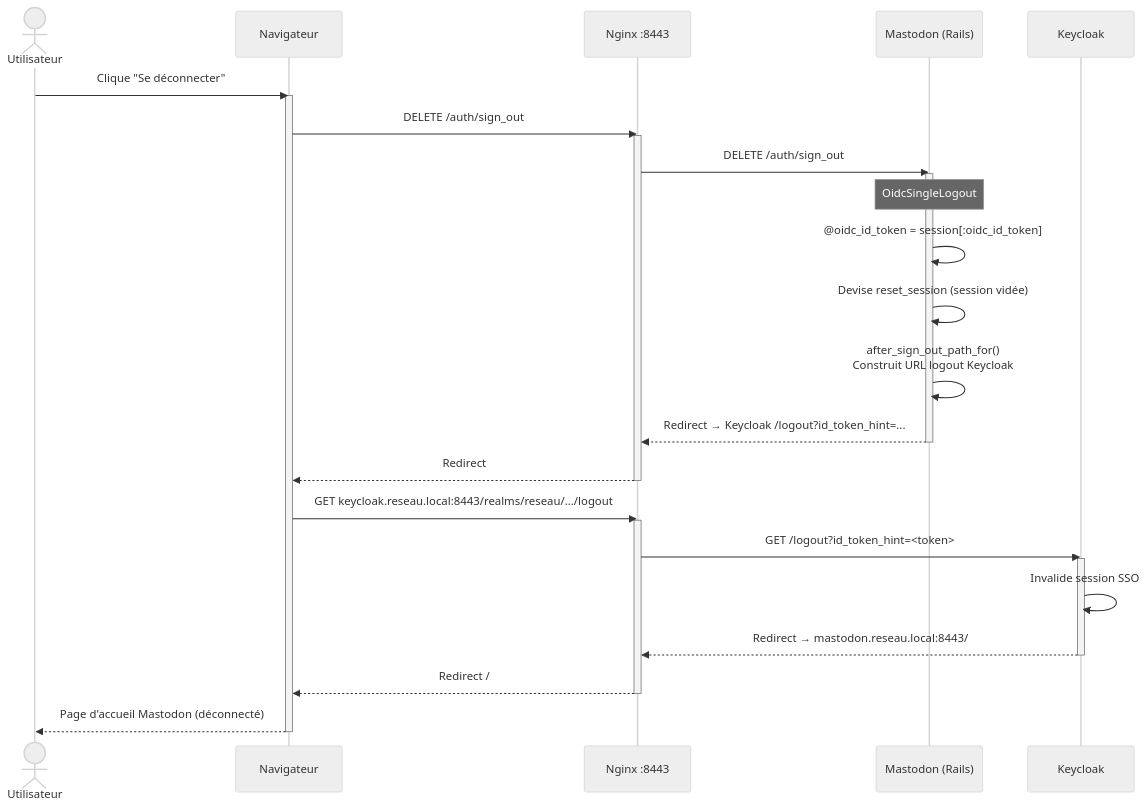
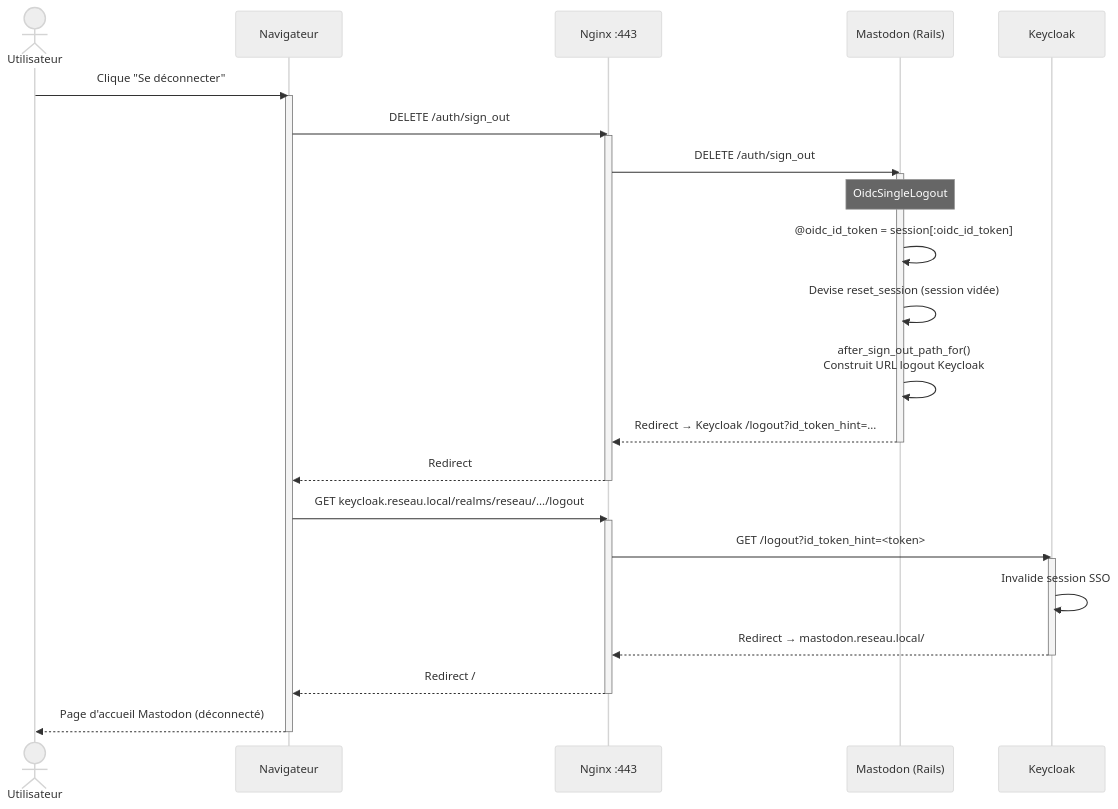
One commit to lucmon-masi/projet-reseau changed the diagram in diagrams/04-sequence-deconnexion.md. Above: the diagram before and after it, drawn with Mermaid (neutral theme). The commit also changed 21 other files, not shown here.

````diff
--- a/diagrams/04-sequence-deconnexion.md
+++ b/diagrams/04-sequence-deconnexion.md
@@ -1,37 +1,37 @@
 ```mermaid
 sequenceDiagram
     actor User as Utilisateur
     participant Browser as Navigateur
-    participant Nginx as Nginx :8443
+    participant Nginx as Nginx :443
     participant Mastodon as Mastodon (Rails)
     participant Keycloak as Keycloak
 
     User->>Browser: Clique "Se déconnecter"
     activate Browser
     Browser->>Nginx: DELETE /auth/sign_out
     activate Nginx
     Nginx->>Mastodon: DELETE /auth/sign_out
     activate Mastodon
 
     Note over Mastodon: OidcSingleLogout#destroy<br/>Récupère id_token depuis session<br/>AVANT reset_session
 
     Mastodon->>Mastodon: @oidc_id_token = session[:oidc_id_token]
     Mastodon->>Mastodon: Devise reset_session (session vidée)
     Mastodon->>Mastodon: after_sign_out_path_for()<br/>Construit URL logout Keycloak
     Mastodon-->>Nginx: Redirect → Keycloak /logout?id_token_hint=...
     deactivate Mastodon
     Nginx-->>Browser: Redirect
     deactivate Nginx
 
-    Browser->>Nginx: GET keycloak.reseau.local:8443/realms/reseau/.../logout
+    Browser->>Nginx: GET keycloak.reseau.local/realms/reseau/.../logout
     activate Nginx
     Nginx->>Keycloak: GET /logout?id_token_hint=<token>
     activate Keycloak
     Keycloak->>Keycloak: Invalide session SSO
-    Keycloak-->>Nginx: Redirect → mastodon.reseau.local:8443/
+    Keycloak-->>Nginx: Redirect → mastodon.reseau.local/
     deactivate Keycloak
     Nginx-->>Browser: Redirect /
     deactivate Nginx
     Browser-->>User: Page d'accueil Mastodon (déconnecté)
     deactivate Browser
 ```
````
